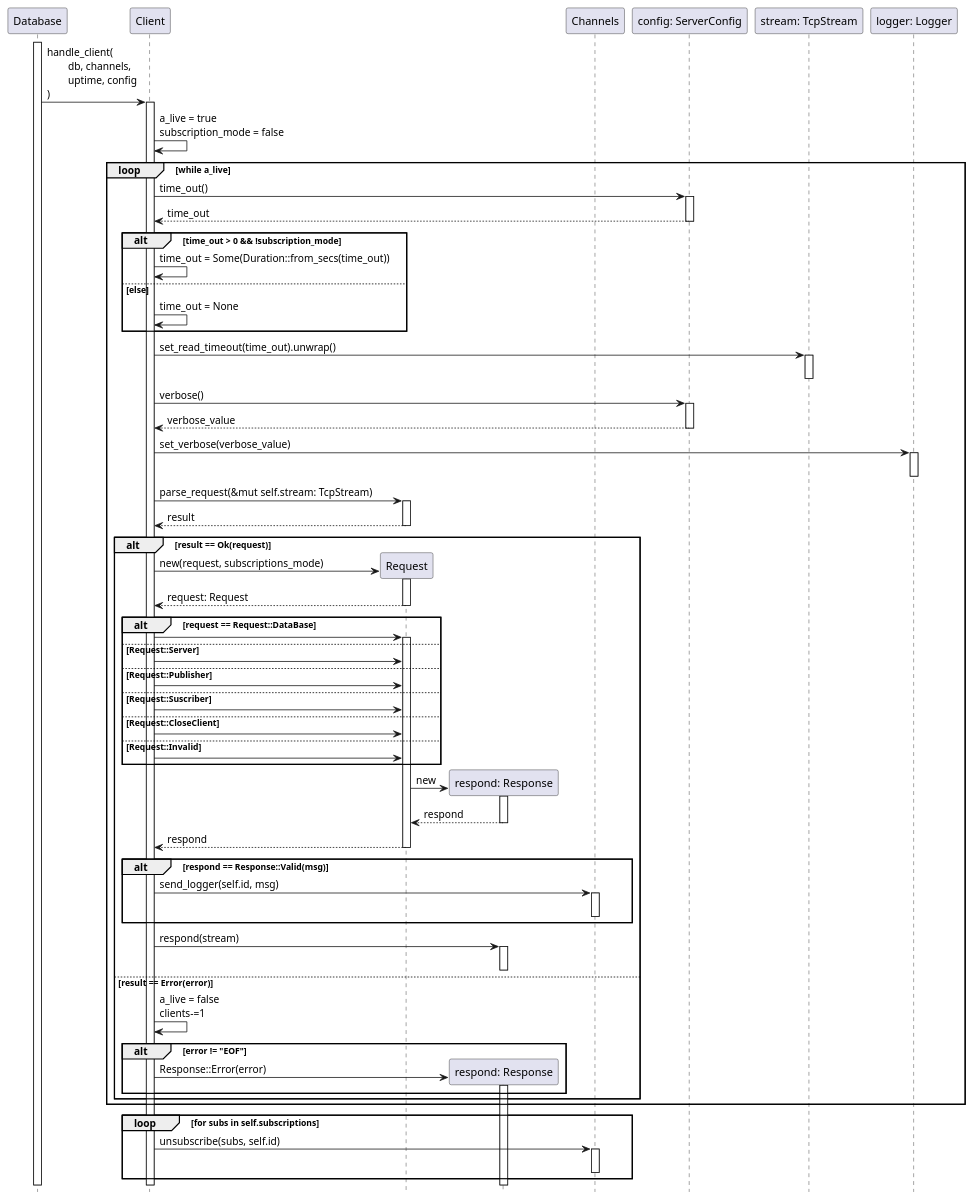
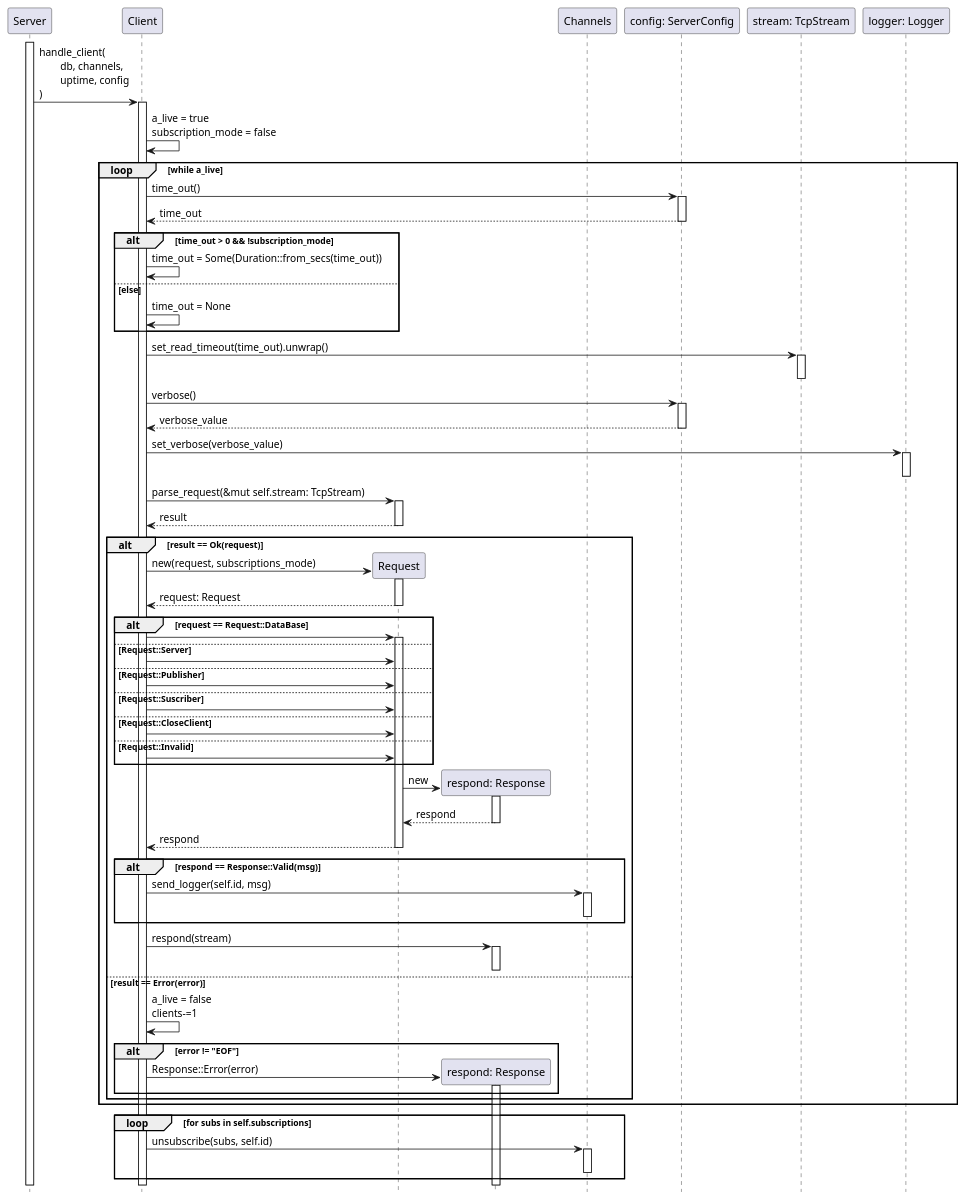
Before and after one commit to taller-1-fiuba-rust/21C1-OxidadosFC: the diagram in src/Diagramas/handle_client.puml, drawn with PlantUML. The commit also changed 1 other file, not shown here.

```diff
--- a/src/Diagramas/handle_client.puml
+++ b/src/Diagramas/handle_client.puml
@@ -1,82 +1,82 @@
 @startuml handle_client
 hide footbox
-activate Database
+activate Server
 
-participant Database order 0
+participant Server order 0
 participant Client order 10
 participant Request order 20
 
-Database -> Client++: handle_client(\n\tdb, channels,\n\tuptime, config\n)
+Server -> Client++: handle_client(\n\tdb, channels,\n\tuptime, config\n)
 Client -> Client: a_live = true\nsubscription_mode = false
 loop while a_live
     participant Config as "config: ServerConfig" order 30
     Client -> Config ++: time_out()
     return time_out
 
     alt time_out > 0 && !subscription_mode
         Client -> Client: time_out = Some(Duration::from_secs(time_out))
     else else
         Client -> Client: time_out = None
     end
 
     participant Stream as "stream: TcpStream" order 40
     Client -> Stream++: set_read_timeout(time_out).unwrap()
     deactivate Stream
 
     Client -> Config++: verbose()
     return verbose_value
 
     participant Logger as "logger: Logger" order 50
     Client -> Logger++: set_verbose(verbose_value)
     deactivate Logger
 
     Client -> Request++: parse_request(&mut self.stream: TcpStream)
     return result
 
     alt result == Ok(request) 
         create Request
         Client -> Request++: new(request, subscriptions_mode)
         return request: Request
         alt request == Request::DataBase
             Client -> Request++:
         else Request::Server
             Client -> Request:
         else Request::Publisher
             Client -> Request:
         else Request::Suscriber
             Client -> Request:
         else Request::CloseClient
             Client -> Request:
         else Request::Invalid
             Client -> Request:
         end
 
         participant Respond as "respond: Response" order 24
         create Respond
         Request -> Respond++: new
         return respond
         return respond
 
         alt respond == Response::Valid(msg)
             participant Channels order 25
             Client -> Channels++: send_logger(self.id, msg)
             deactivate Channels
         end
 
         Client -> Respond ++: respond(stream)
         deactivate
     else result == Error(error)
         Client -> Client: a_live = false\nclients-=1
         alt error != "EOF"
             create Respond
             Client -> Respond++: Response::Error(error)
             deactivate Respond
         end
     end
 end
 
 loop for subs in self.subscriptions
     Client -> Channels++: unsubscribe(subs, self.id)
     deactivate Channels
 end
 @enduml
```
